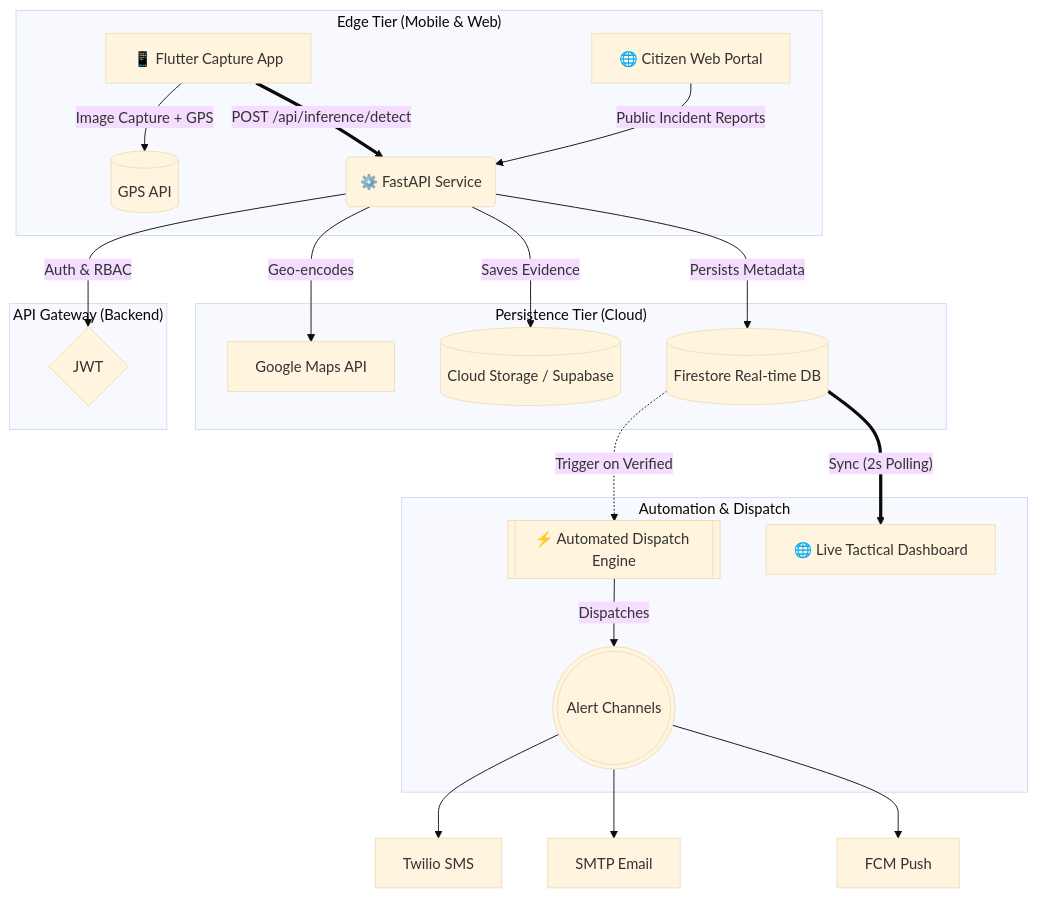
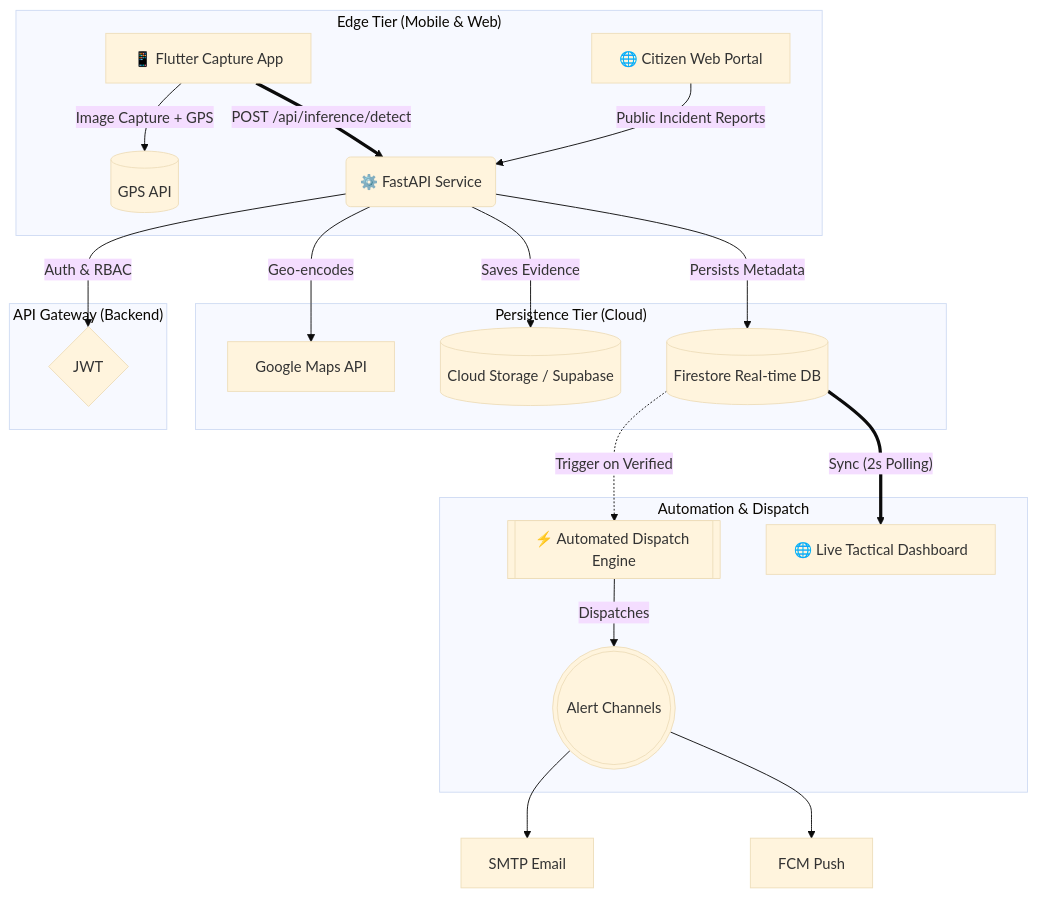
One commit to vinaykumarbharwal/Fire_GITHUB changed the diagram in README.md. Above: the diagram before and after it, drawn with Mermaid (base theme). The commit also changed other lines of this file and 8 other files, not shown here.

````diff
--- a/README.md
+++ b/README.md
@@ -42,40 +42,39 @@
 ```mermaid
 graph TD
     subgraph "Edge Tier (Mobile & Web)"
         A[📱 Flutter Capture App]
         W[🌐 Citizen Web Portal]
         A -->|Image Capture + GPS| GPS[(GPS API)]
         W -->|Public Incident Reports| B
     end
 
     subgraph "API Gateway (Backend)"
         B(⚙️ FastAPI Service)
         B -->|Auth & RBAC| AUTH{JWT}
     end
 
     subgraph "Persistence Tier (Cloud)"
         C[(Firestore Real-time DB)]
         D[(Cloud Storage / Supabase)]
         MAPS[Google Maps API]
     end
 
     subgraph "Automation & Dispatch"
         E[🌐 Live Tactical Dashboard]
         F[[⚡ Automated Dispatch Engine]]
         G(((Alert Channels)))
     end
 
     %% Data Flows
     A == "POST /api/inference/detect" ==> B
     B -- "Geo-encodes" --> MAPS
     B -- "Saves Evidence" --> D
     B -- "Persists Metadata" --> C
     
     C -. "Trigger on Verified" .-> F
     C == "Sync (2s Polling)" ==> E
     
     F -- "Dispatches" --> G
-    G --> SMS[Twilio SMS]
     G --> EMAIL[SMTP Email]
     G --> PUSH[FCM Push]
 ```
````
